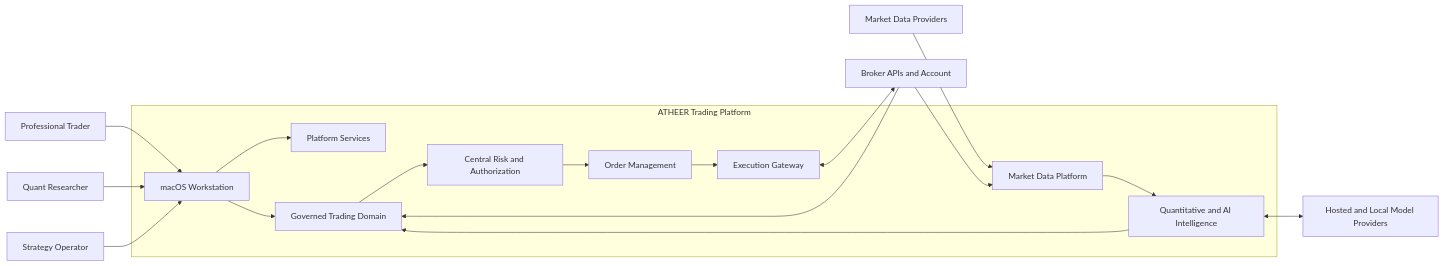
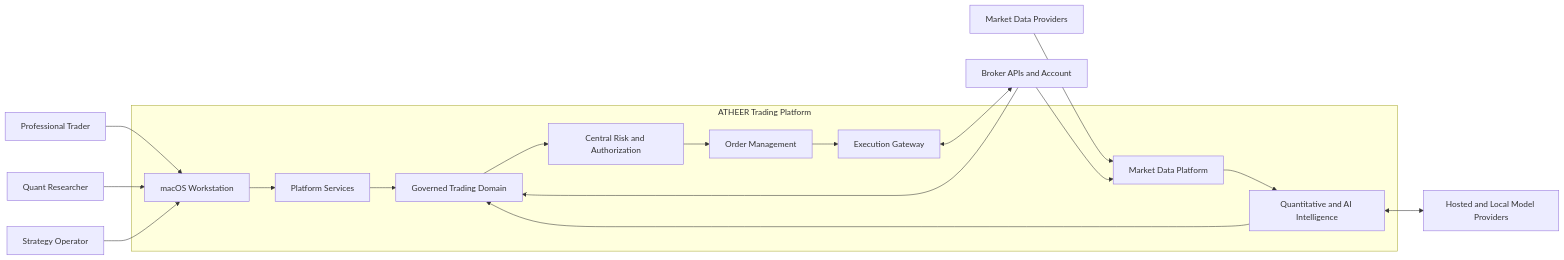
Before and after one commit to atheertrading/atheer-trading-platform: the diagram in docs/architecture/diagrams/01-system-context.mmd, drawn with Mermaid.

Commit message:
docs(architecture): route workstation through application services

```diff
--- a/docs/architecture/diagrams/01-system-context.mmd
+++ b/docs/architecture/diagrams/01-system-context.mmd
@@ -1,35 +1,35 @@
 flowchart LR
     Trader[Professional Trader]
     Researcher[Quant Researcher]
     Operator[Strategy Operator]
 
     subgraph ATHEER[ATHEER Trading Platform]
         Workstation[macOS Workstation]
         Platform[Platform Services]
         Intelligence[Quantitative and AI Intelligence]
         Trading[Governed Trading Domain]
         Risk[Central Risk and Authorization]
         OMS[Order Management]
         Gateway[Execution Gateway]
         Data[Market Data Platform]
     end
 
     Broker[Broker APIs and Account]
     Providers[Market Data Providers]
     Models[Hosted and Local Model Providers]
 
     Trader --> Workstation
     Researcher --> Workstation
     Operator --> Workstation
     Workstation --> Platform
-    Workstation --> Trading
+    Platform --> Trading
     Providers --> Data
     Data --> Intelligence
     Intelligence --> Trading
     Trading --> Risk
     Risk --> OMS
     OMS --> Gateway
     Gateway <--> Broker
     Intelligence <--> Models
     Broker --> Data
     Broker --> Trading
```
